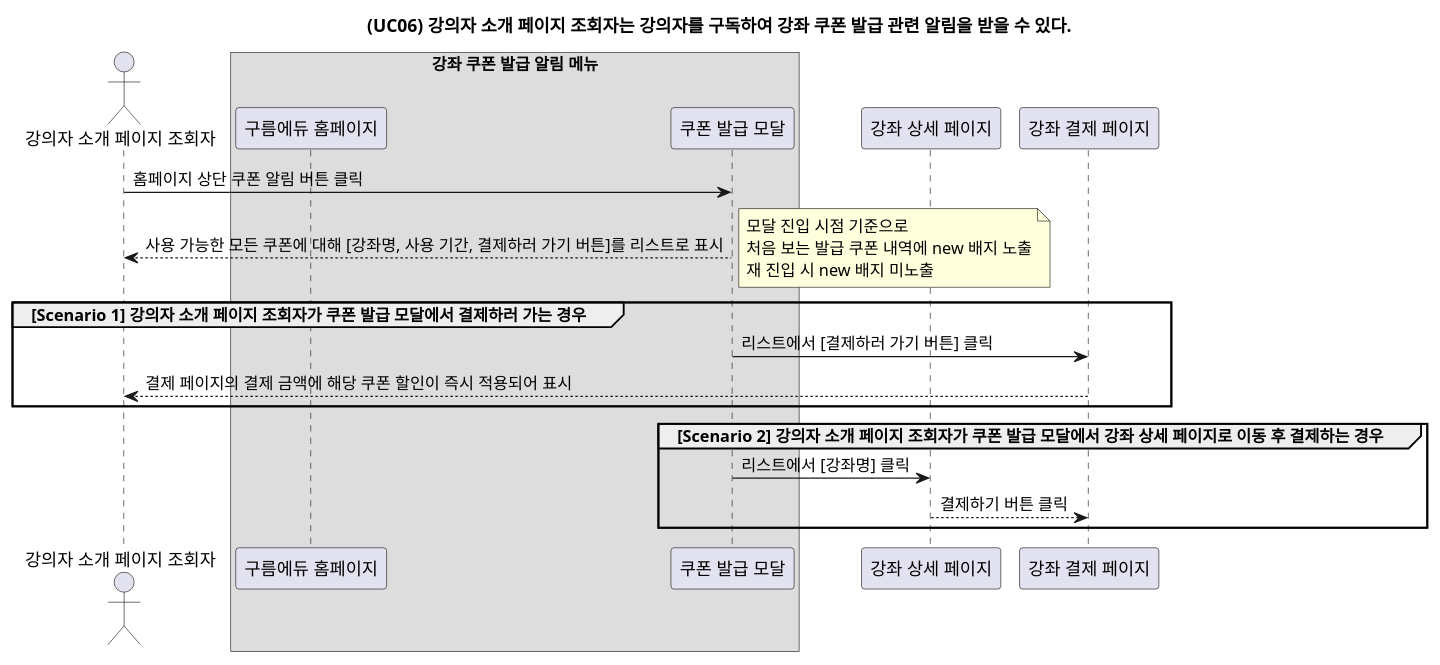
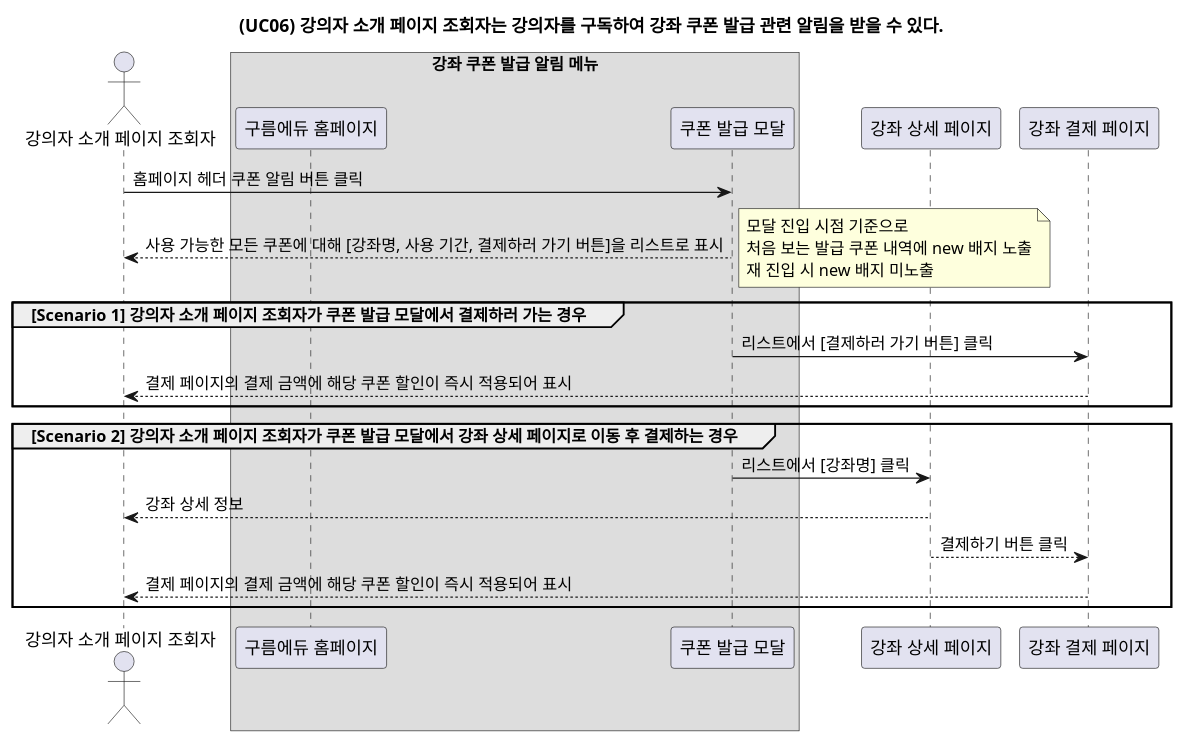
The diagram in 강의자소개페이지2차개발/UC06.puml (YoonsooOh/tech-study), drawn with PlantUML before and after one commit.

```diff
--- a/강의자소개페이지2차개발/UC06.puml
+++ b/강의자소개페이지2차개발/UC06.puml
@@ -1,33 +1,35 @@
 @startuml
 
 title (UC06) 강의자 소개 페이지 조회자는 강의자를 구독하여 강좌 쿠폰 발급 관련 알림을 받을 수 있다.
 actor "강의자 소개 페이지 조회자"
 
 box "강좌 쿠폰 발급 알림 메뉴"
 participant "구름에듀 홈페이지"
 participant "쿠폰 발급 모달"
 endbox
 participant "강좌 상세 페이지"
 participant "강좌 결제 페이지"
 
-"강의자 소개 페이지 조회자" -> "쿠폰 발급 모달" : 홈페이지 상단 쿠폰 알림 버튼 클릭
-"쿠폰 발급 모달" --> "강의자 소개 페이지 조회자" : 사용 가능한 모든 쿠폰에 대해 [강좌명, 사용 기간, 결제하러 가기 버튼]를 리스트로 표시
+"강의자 소개 페이지 조회자" -> "쿠폰 발급 모달" : 홈페이지 헤더 쿠폰 알림 버튼 클릭
+"쿠폰 발급 모달" --> "강의자 소개 페이지 조회자" : 사용 가능한 모든 쿠폰에 대해 [강좌명, 사용 기간, 결제하러 가기 버튼]을 리스트로 표시
 
 group [Scenario 1] 강의자 소개 페이지 조회자가 쿠폰 발급 모달에서 결제하러 가는 경우
 
 note right
 모달 진입 시점 기준으로
 처음 보는 발급 쿠폰 내역에 new 배지 노출
 재 진입 시 new 배지 미노출
 end note
 
 "쿠폰 발급 모달" -> "강좌 결제 페이지" : 리스트에서 [결제하러 가기 버튼] 클릭
 "강좌 결제 페이지" --> "강의자 소개 페이지 조회자" : 결제 페이지의 결제 금액에 해당 쿠폰 할인이 즉시 적용되어 표시
 end
 
 group [Scenario 2] 강의자 소개 페이지 조회자가 쿠폰 발급 모달에서 강좌 상세 페이지로 이동 후 결제하는 경우
 "쿠폰 발급 모달" -> "강좌 상세 페이지" : 리스트에서 [강좌명] 클릭
+"강좌 상세 페이지" --> "강의자 소개 페이지 조회자" : 강좌 상세 정보
 "강좌 상세 페이지" --> "강좌 결제 페이지" : 결제하기 버튼 클릭
+"강좌 결제 페이지" --> "강의자 소개 페이지 조회자" : 결제 페이지의 결제 금액에 해당 쿠폰 할인이 즉시 적용되어 표시
 end
 
 @enduml
```
